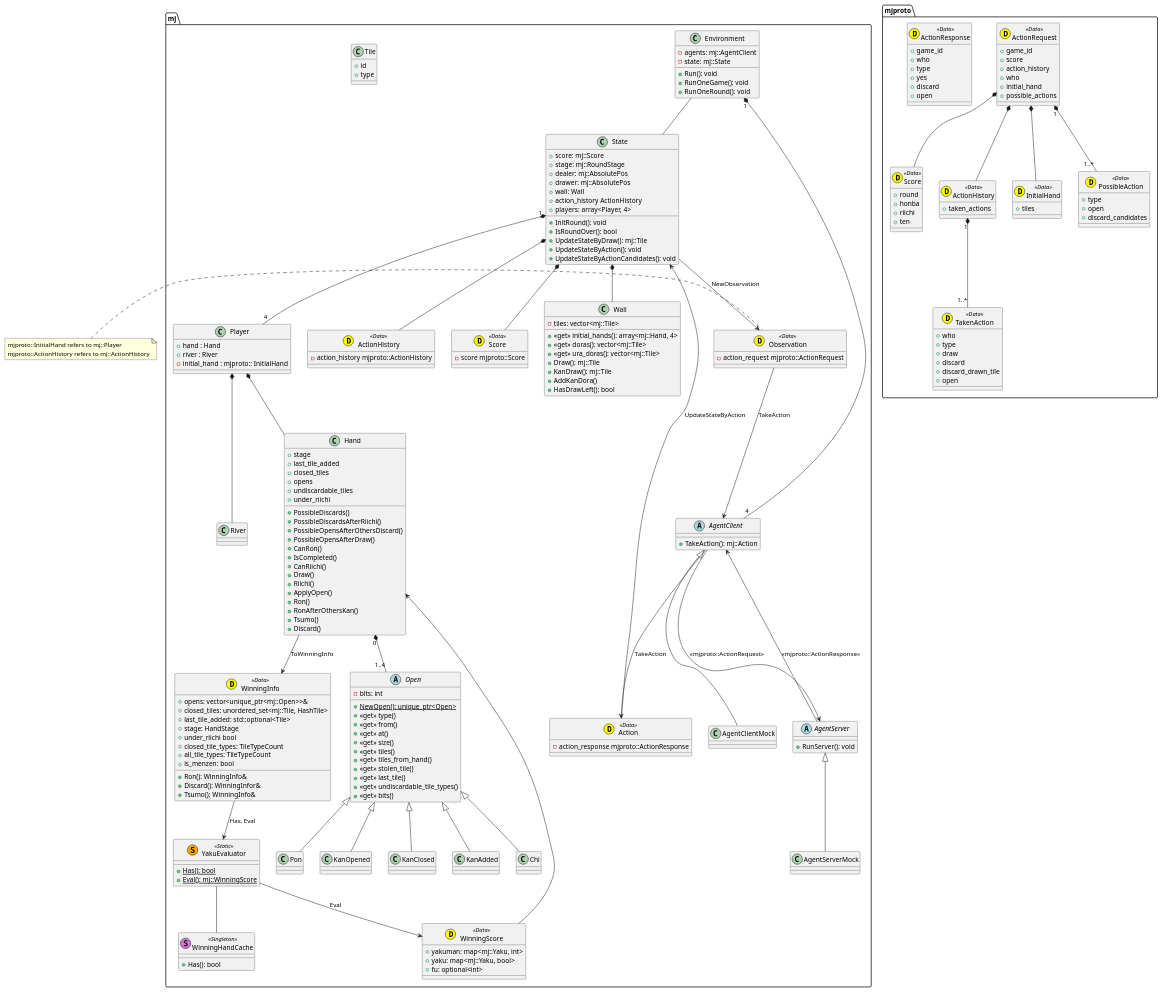
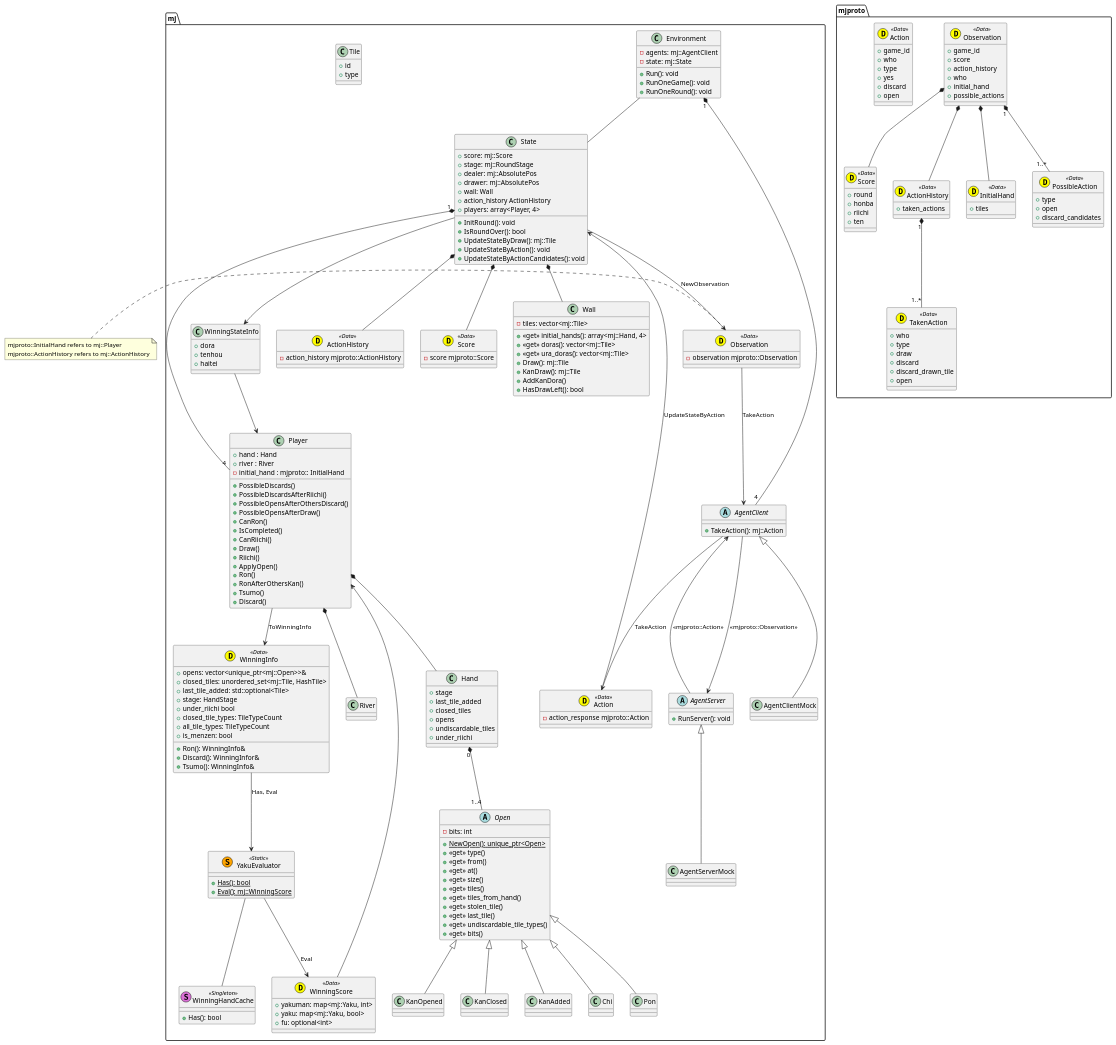
One commit to mjx-project/mjx changed the diagram in diagram.pu. Above: the diagram before and after it, drawn with PlantUML.

Commit message:
docs: refactor class structure

```diff
--- a/diagram.pu
+++ b/diagram.pu
@@ -32,7 +32,7 @@
   + discard_candidates
 }
 
-class mjproto::ActionRequest <<(D,yellow) Data>> {
+class mjproto::Observation <<(D,yellow) Data>> {
   + game_id
   + score
   + action_history
@@ -41,7 +41,7 @@
   + possible_actions
 }
 
-class mjproto::ActionResponse <<(D,yellow) Data>> { 
+class mjproto::Action <<(D,yellow) Data>> { 
   + game_id 
   + who
   + type
@@ -50,10 +50,10 @@
   + open
 }
 
-mjproto::ActionRequest *-- mjproto::Score
-mjproto::ActionRequest *-- mjproto::ActionHistory
-mjproto::ActionRequest *-- mjproto::InitialHand
-mjproto::ActionRequest "1" *-- "1..*" mjproto::PossibleAction
+mjproto::Observation *-- mjproto::Score
+mjproto::Observation *-- mjproto::ActionHistory
+mjproto::Observation *-- mjproto::InitialHand
+mjproto::Observation "1" *-- "1..*" mjproto::PossibleAction
 
 mjproto::ActionHistory "1" *-- "1..*" mjproto::TakenAction
 
@@ -73,6 +73,12 @@
 
 class mj::WinningHandCache <<(S,orchid) Singleton>> {
     + Has(): bool
+}
+
+class mj::WinningStateInfo {
+  + dora
+  + tenhou
+  + haitei
 }
 
 class mj::WinningScore <<(D,yellow) Data>> {
@@ -114,10 +120,24 @@
     + hand : Hand
     + river : River
     - initial_hand : mjproto:: InitialHand
+    + PossibleDiscards()
+    + PossibleDiscardsAfterRiichi()
+    + PossibleOpensAfterOthersDiscard()
+    + PossibleOpensAfterDraw()
+    + CanRon()
+    + IsCompleted()
+    + CanRiichi()
+    + Draw()
+    + Riichi()
+    + ApplyOpen()
+    + Ron()
+    + RonAfterOthersKan()
+    + Tsumo()
+    + Discard()
 }
 
 class mj::Observation <<(D,yellow) Data>> {
-    - action_request mjproto::ActionRequest
+    - observation mjproto::Observation
 }
 note left
 mjproto::InitialHand refers to mj::Player
@@ -165,7 +185,7 @@
 } 
 
 class mj::Action <<(D,yellow) Data>> {
-    - action_response mjproto::ActionResponse
+    - action_response mjproto::Action
 }
 
 class mj::Hand {
@@ -175,20 +195,6 @@
     + opens
     + undiscardable_tiles
     + under_riichi
-    + PossibleDiscards()
-    + PossibleDiscardsAfterRiichi()
-    + PossibleOpensAfterOthersDiscard()
-    + PossibleOpensAfterDraw()
-    + CanRon()
-    + IsCompleted()
-    + CanRiichi()
-    + Draw()
-    + Riichi()
-    + ApplyOpen()
-    + Ron()
-    + RonAfterOthersKan()
-    + Tsumo()
-    + Discard()
 }
 
 abstract class mj::Open {
@@ -241,14 +247,17 @@
 mj::State *-- mj::ActionHistory
 mj::State "1" *-- "4" mj::Player
 mj::State --> mj::Observation : NewObservation
+mj::State --> mj::WinningStateInfo
+
+mj::WinningStateInfo --> mj::Player
 
 mj::Observation --> mj::AgentClient : TakeAction
 
 mj::Player *-- mj::Hand
 mj::Player *-- mj::River 
+mj::Player --> mj::WinningInfo : ToWinningInfo
 
 mj::Hand "0" *-- "1..4" mj::Open
-mj::Hand --> mj::WinningInfo : ToWinningInfo
 
 mj::Open <|-- mj::Chi
 mj::Open <|-- mj::Pon
@@ -261,13 +270,13 @@
 mj::YakuEvaluator -- mj::WinningHandCache
 mj::YakuEvaluator --> mj::WinningScore : Eval
 
-mj::WinningScore --> mj::Hand
+mj::WinningScore --> mj::Player
 
-mj::AgentClient --> mj::AgentServer : <<mjproto::ActionRequest>>
+mj::AgentClient --> mj::AgentServer : <<mjproto::Observation>>
 mj::AgentClient --> mj::Action : TakeAction
 mj::AgentClient <|-- mj::AgentClientMock
 
-mj::AgentServer --> mj::AgentClient : <<mjproto::ActionResponse>>
+mj::AgentServer --> mj::AgentClient : <<mjproto::Action>>
 mj::AgentServer <|-- mj::AgentServerMock
 
 
```
